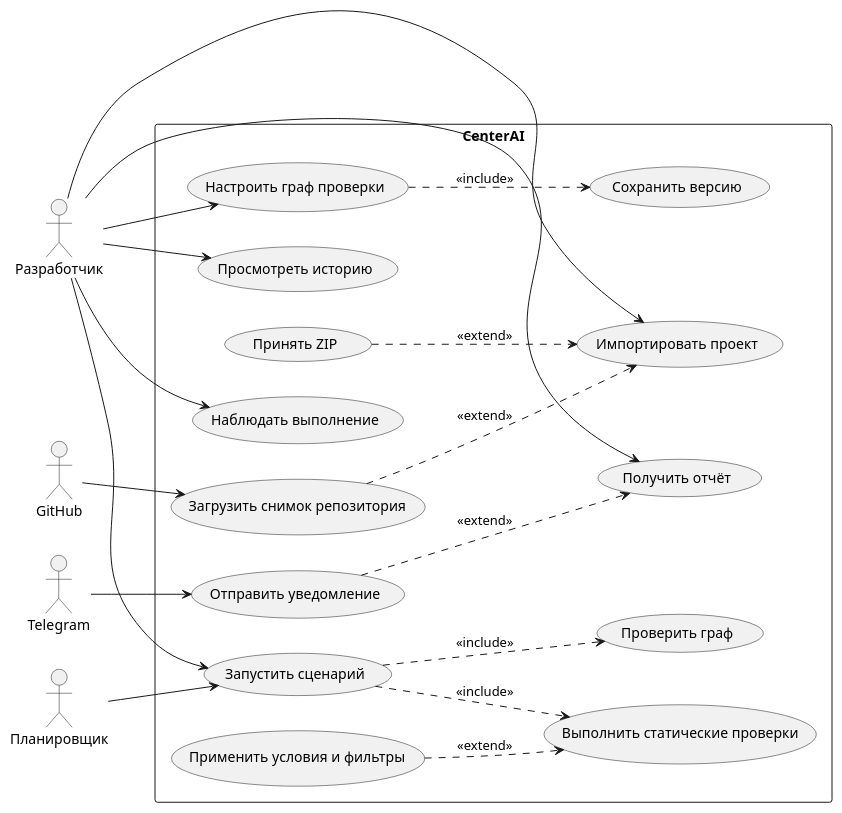
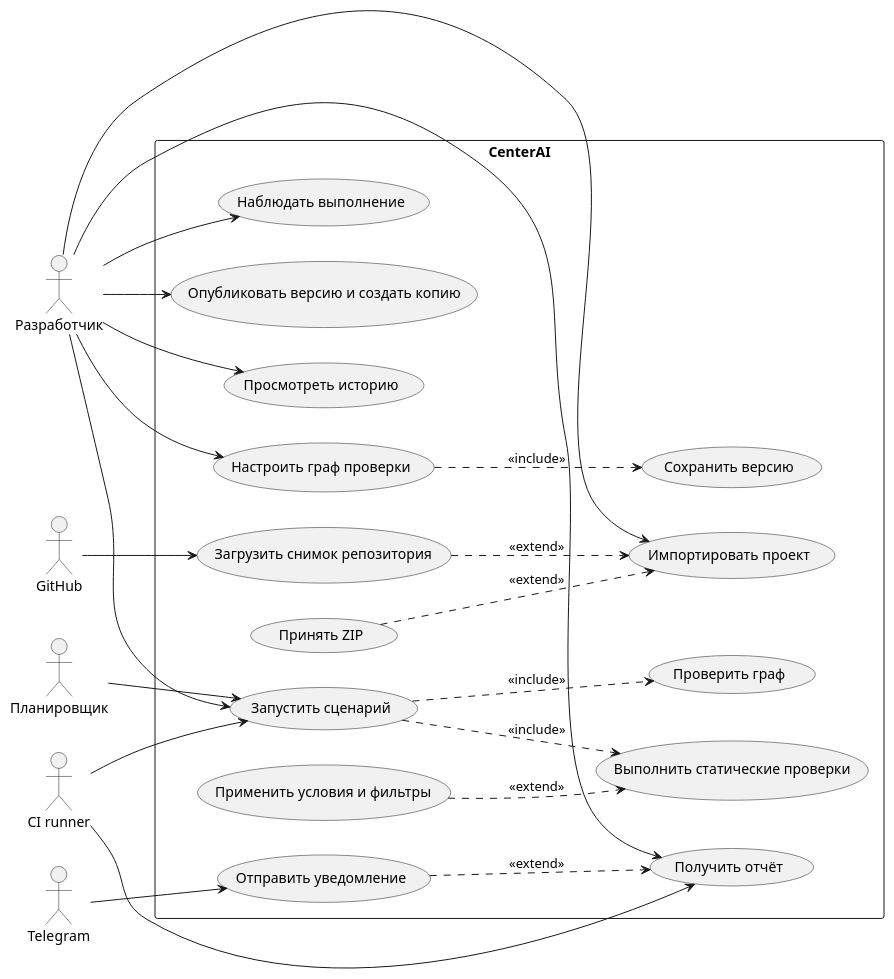
The diagram in docs/use-cases.puml (breadskiy/centerai), drawn with PlantUML before and after one commit. The commit also changed 24 other files, not shown here.

```diff
--- a/docs/use-cases.puml
+++ b/docs/use-cases.puml
@@ -1,38 +1,43 @@
 @startuml
 left to right direction
 actor "Разработчик" as User
 actor "Планировщик" as Timer
 actor "GitHub" as Git
 actor "Telegram" as Chat
+actor "CI runner" as CI
 rectangle CenterAI {
   usecase "Импортировать проект" as Import
   usecase "Принять ZIP" as Zip
   usecase "Загрузить снимок репозитория" as Repo
   usecase "Настроить граф проверки" as Graph
   usecase "Сохранить версию" as Version
   usecase "Проверить граф" as Validate
   usecase "Запустить сценарий" as Run
   usecase "Выполнить статические проверки" as Analyze
   usecase "Применить условия и фильтры" as Logic
   usecase "Наблюдать выполнение" as Monitor
   usecase "Получить отчёт" as Report
   usecase "Отправить уведомление" as Notify
+  usecase "Опубликовать версию и создать копию" as Templates
   usecase "Просмотреть историю" as History
 }
 User --> Import
 Zip ..> Import : <<extend>>
 Repo ..> Import : <<extend>>
 Git --> Repo
 User --> Graph
 Graph ..> Version : <<include>>
 User --> Run
 Timer --> Run
 Run ..> Validate : <<include>>
 Run ..> Analyze : <<include>>
 Logic ..> Analyze : <<extend>>
 User --> Monitor
 User --> Report
 User --> History
+User --> Templates
+CI --> Run
+CI --> Report
 Notify ..> Report : <<extend>>
 Chat --> Notify
 @enduml
```
